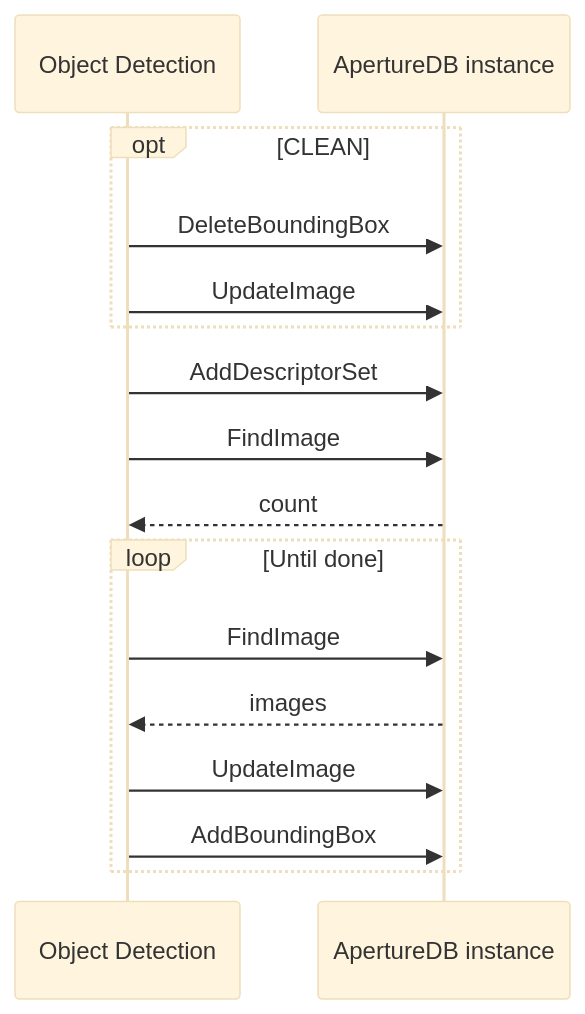
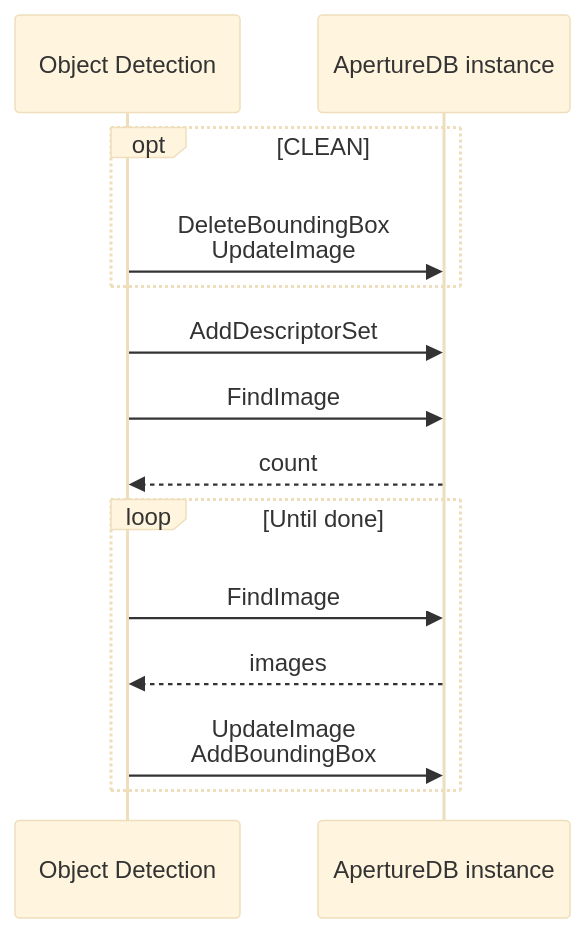
Before and after one commit to aperture-data/workflows: the diagram in apps/object-detection/README.md, drawn with Mermaid (base theme). The commit also changed 2 other files, not shown here.

Commit message:
compact same message onto same line

````diff
--- a/apps/object-detection/README.md
+++ b/apps/object-detection/README.md
@@ -11,18 +11,16 @@
 ```mermaid
 sequenceDiagram
     participant W as Object Detection
     participant A as ApertureDB instance
     opt CLEAN
-        W->>A: DeleteBoundingBox
-        W->>A: UpdateImage
+        W->>A: DeleteBoundingBox<br/>UpdateImage
     end
     W->>A: AddDescriptorSet
     W->>A: FindImage
     A-->>W: count
     loop Until done
         W->>A: FindImage
         A-->>W: images
-        W->>A: UpdateImage  
-        W->>A: AddBoundingBox
+        W->>A: UpdateImage<br/>AddBoundingBox
     end
 ```
````
